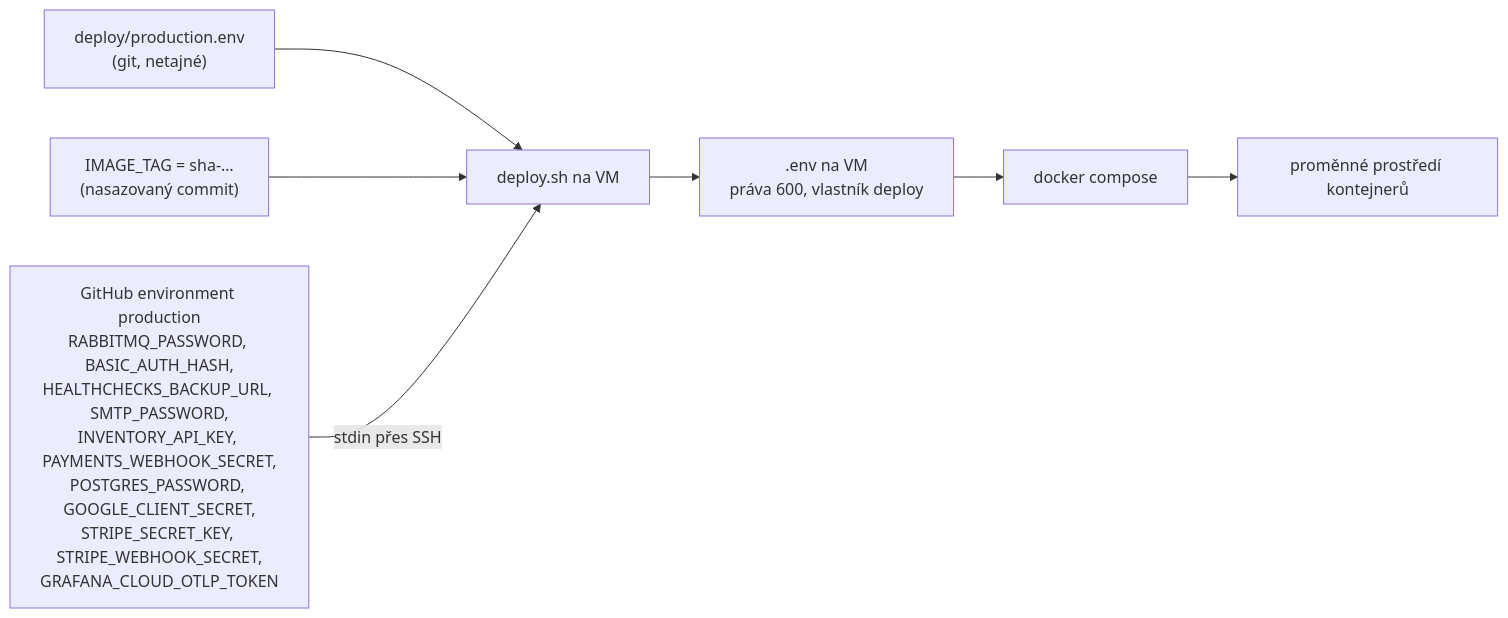
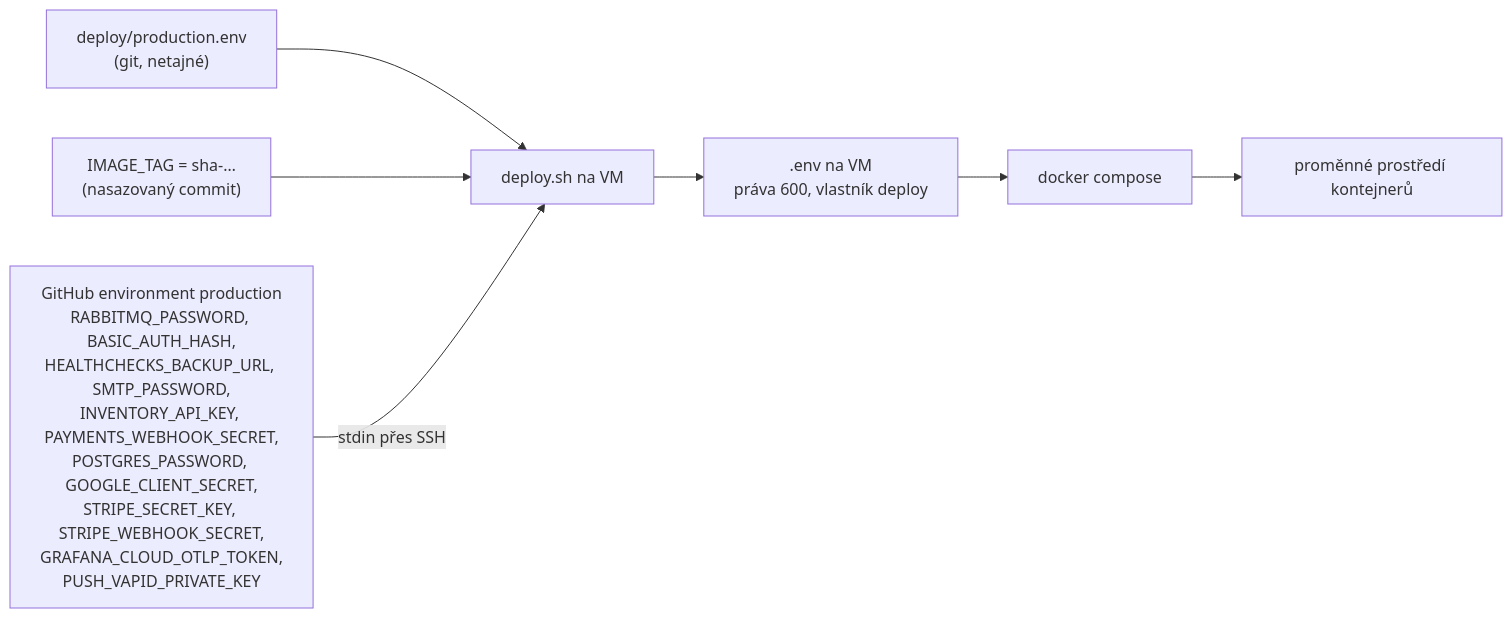
Before and after one commit to ftichy/MiniShop: the diagram in docs/prirucka/github/secrets.md, drawn with Mermaid. The commit also changed other lines of this file and 51 other files, not shown here.

````diff
--- a/docs/prirucka/github/secrets.md
+++ b/docs/prirucka/github/secrets.md
@@ -12,11 +12,11 @@
 ```mermaid
 flowchart LR
     pe["deploy/production.env<br/>(git, netajné)"] --> sh["deploy.sh na VM"]
     tag["IMAGE_TAG = sha-…<br/>(nasazovaný commit)"] --> sh
-    sec["GitHub environment production<br/>RABBITMQ_PASSWORD, BASIC_AUTH_HASH,<br/>HEALTHCHECKS_BACKUP_URL, SMTP_PASSWORD,<br/>INVENTORY_API_KEY, PAYMENTS_WEBHOOK_SECRET,<br/>POSTGRES_PASSWORD, GOOGLE_CLIENT_SECRET,<br/>STRIPE_SECRET_KEY, STRIPE_WEBHOOK_SECRET,<br/>GRAFANA_CLOUD_OTLP_TOKEN"] -->|"stdin přes SSH"| sh
+    sec["GitHub environment production<br/>RABBITMQ_PASSWORD, BASIC_AUTH_HASH,<br/>HEALTHCHECKS_BACKUP_URL, SMTP_PASSWORD,<br/>INVENTORY_API_KEY, PAYMENTS_WEBHOOK_SECRET,<br/>POSTGRES_PASSWORD, GOOGLE_CLIENT_SECRET,<br/>STRIPE_SECRET_KEY, STRIPE_WEBHOOK_SECRET,<br/>GRAFANA_CLOUD_OTLP_TOKEN,<br/>PUSH_VAPID_PRIVATE_KEY"] -->|"stdin přes SSH"| sh
     sh --> env[".env na VM<br/>práva 600, vlastník deploy"]
     env --> compose["docker compose"]
     compose --> cont["proměnné prostředí kontejnerů"]
 
     click sh "/Docs/github/cd"
 ```
````
